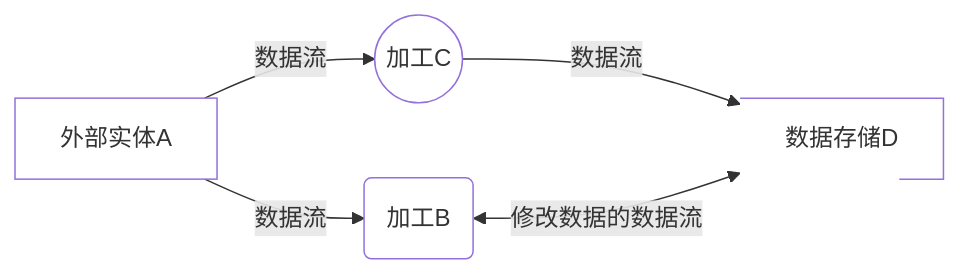
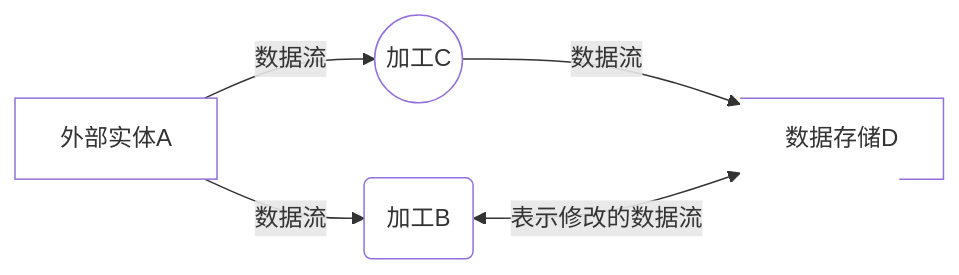
One commit to BryceLoski21/MarkDown changed the diagram in SoftWareDesigner/下午题知识点分类.md. Above: the diagram before and after it, drawn with Mermaid.

Commit message:
testGitPush

````diff
--- a/SoftWareDesigner/下午题知识点分类.md
+++ b/SoftWareDesigner/下午题知识点分类.md
@@ -11,13 +11,13 @@
 ```mermaid
     flowchart LR
 
     A[外部实体A] --数据流--> B(加工B)
     A --数据流--> C((加工C))
     C --数据流--> D[数据存储D]
-    B <--修改数据的数据流--> D
+    B <--表示修改的数据流--> D
 
     style A fill: #fff
     style B fill: #fff
     style C fill: #fff
     style D stroke-dasharray: 219,3 , fill: #fff
 ```
````
